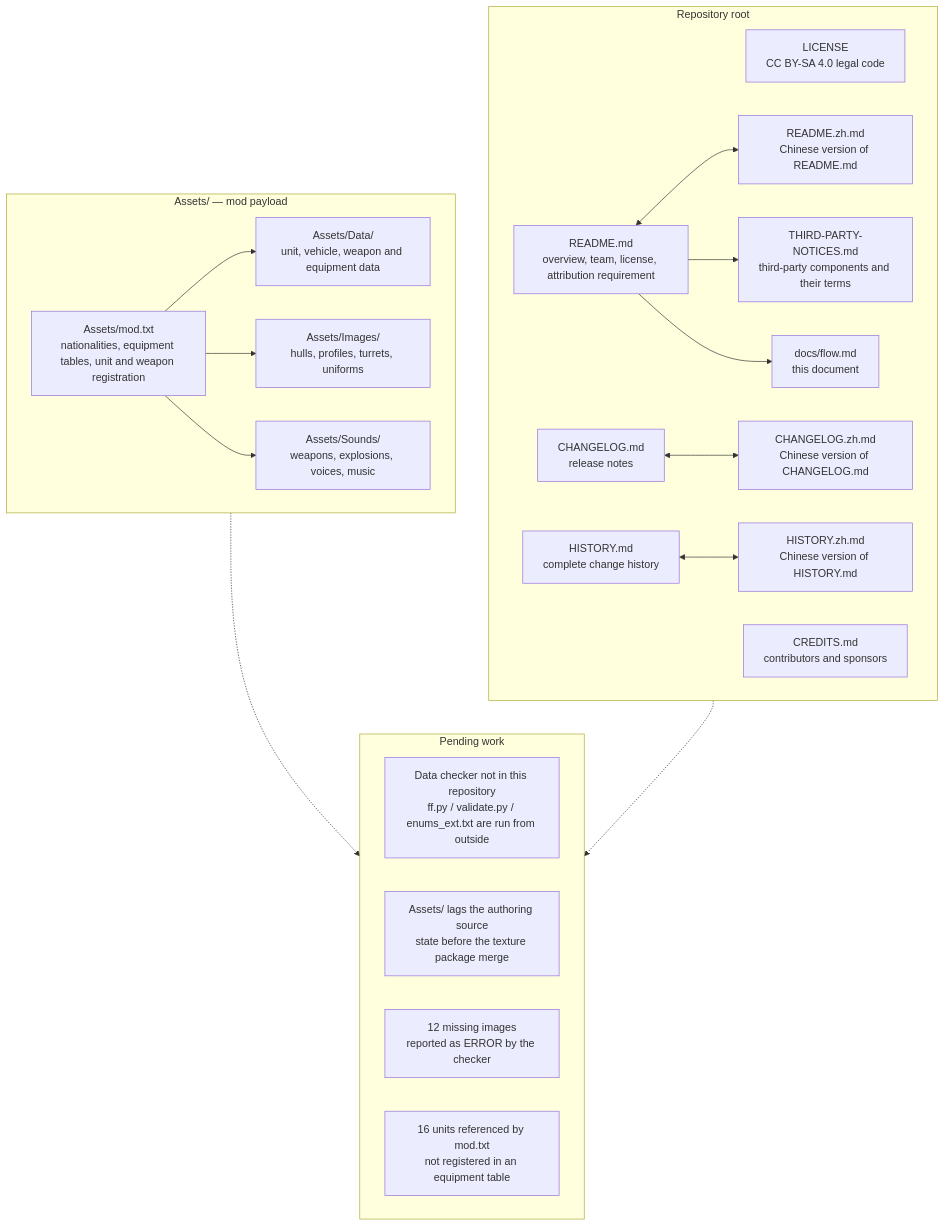
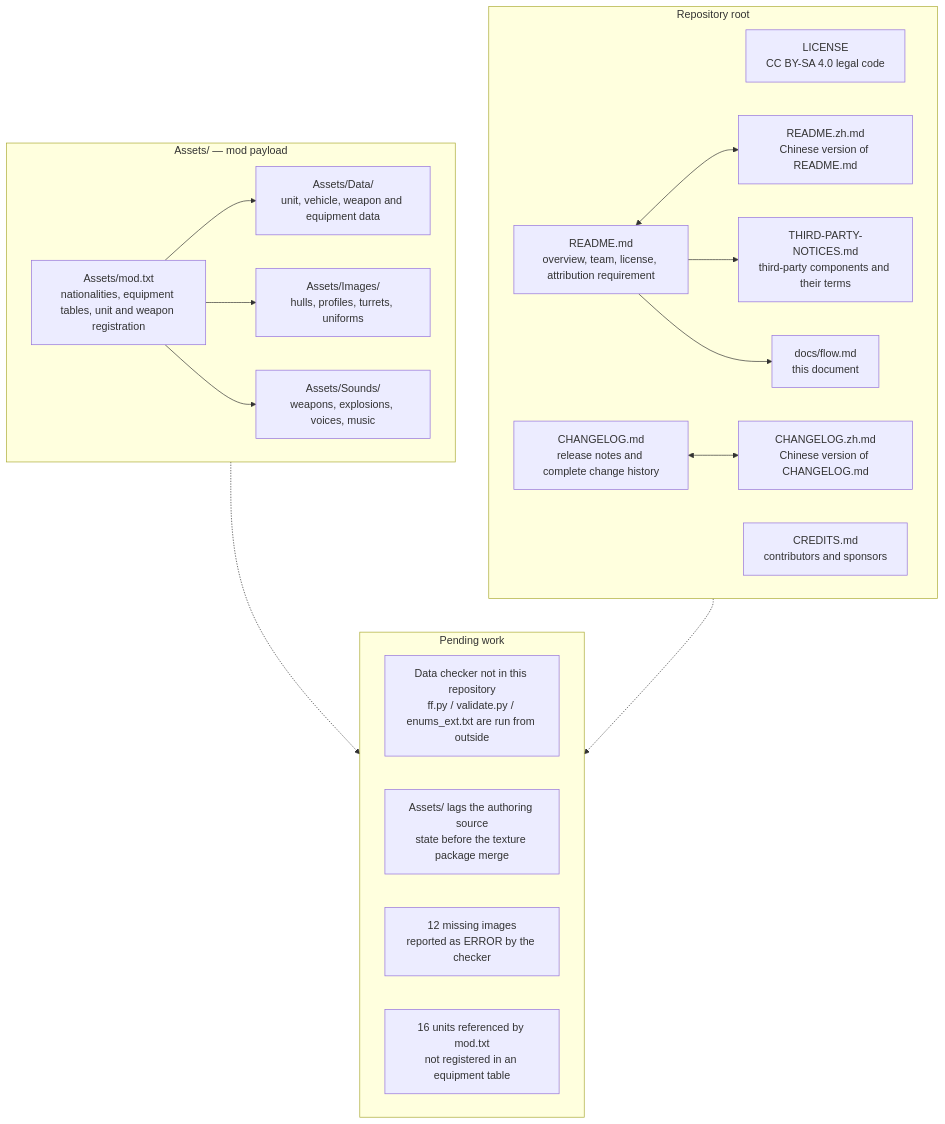
Before and after one commit to BiancaoAwa/firefight-final-war: the diagram in docs/flow.md, drawn with Mermaid. The commit also changed 6 other files, not shown here.

Commit message:
Merge release history into CHANGELOG

````diff
--- a/docs/flow.md
+++ b/docs/flow.md
@@ -5,40 +5,37 @@
 ```mermaid
 flowchart TD
     subgraph ROOT["Repository root"]
         LIC["LICENSE<br/>CC BY-SA 4.0 legal code"]
         RM["README.md<br/>overview, team, license, attribution requirement"]
         RMZ["README.zh.md<br/>Chinese version of README.md"]
-        CL["CHANGELOG.md<br/>release notes"]
+        CL["CHANGELOG.md<br/>release notes and complete change history"]
         CLZ["CHANGELOG.zh.md<br/>Chinese version of CHANGELOG.md"]
-        HI["HISTORY.md<br/>complete change history"]
-        HIZ["HISTORY.zh.md<br/>Chinese version of HISTORY.md"]
         CR["CREDITS.md<br/>contributors and sponsors"]
         TPN["THIRD-PARTY-NOTICES.md<br/>third-party components and their terms"]
         FL["docs/flow.md<br/>this document"]
     end
 
     subgraph PAYLOAD["Assets/ — mod payload"]
         MOD["Assets/mod.txt<br/>nationalities, equipment tables, unit and weapon registration"]
         DATA["Assets/Data/<br/>unit, vehicle, weapon and equipment data"]
         IMAGES["Assets/Images/<br/>hulls, profiles, turrets, uniforms"]
         SOUNDS["Assets/Sounds/<br/>weapons, explosions, voices, music"]
     end
 
     subgraph PENDING["Pending work"]
         PCHECK["Data checker not in this repository<br/>ff.py / validate.py / enums_ext.txt are run from outside"]
         PSRC["Assets/ lags the authoring source<br/>state before the texture package merge"]
         PIMG["12 missing images<br/>reported as ERROR by the checker"]
         PUNIT["16 units referenced by mod.txt<br/>not registered in an equipment table"]
     end
 
     MOD --> DATA
     MOD --> IMAGES
     MOD --> SOUNDS
     RM <--> RMZ
     CL <--> CLZ
-    HI <--> HIZ
     RM --> TPN
     RM --> FL
     PAYLOAD -.-> PENDING
     ROOT -.-> PENDING
 ```
````
